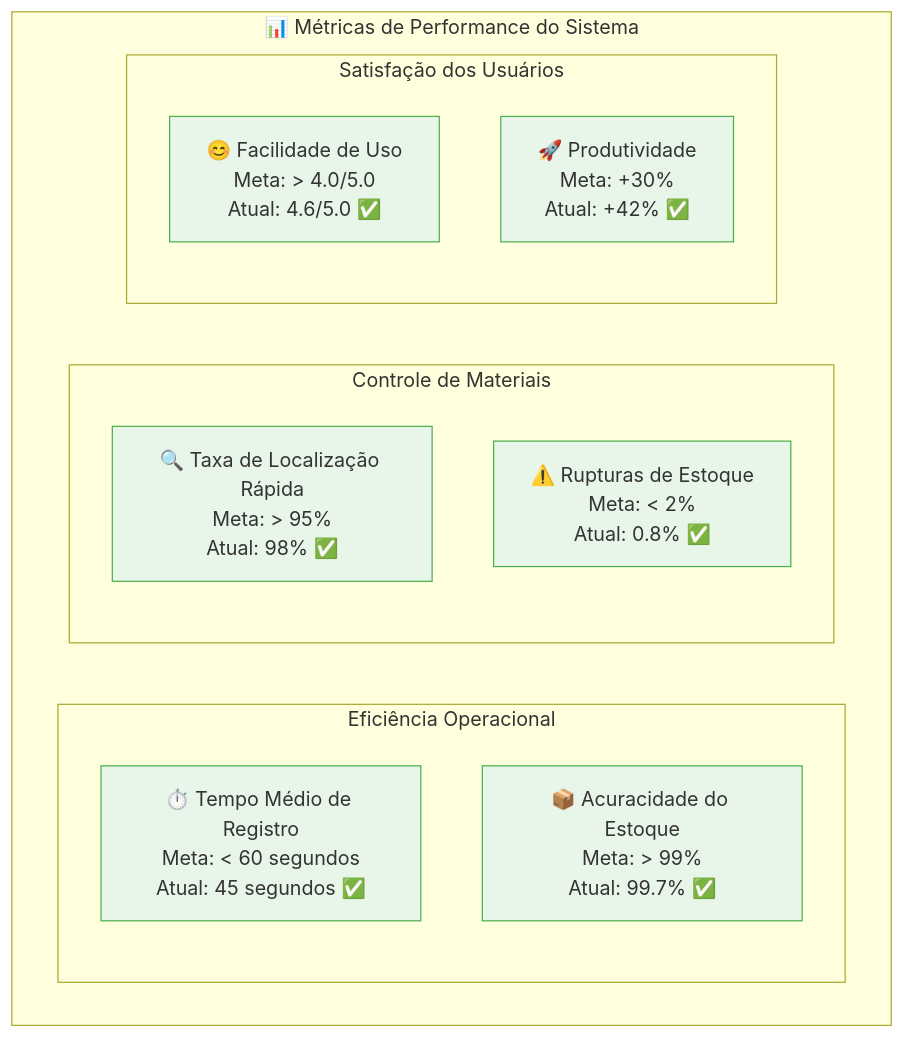
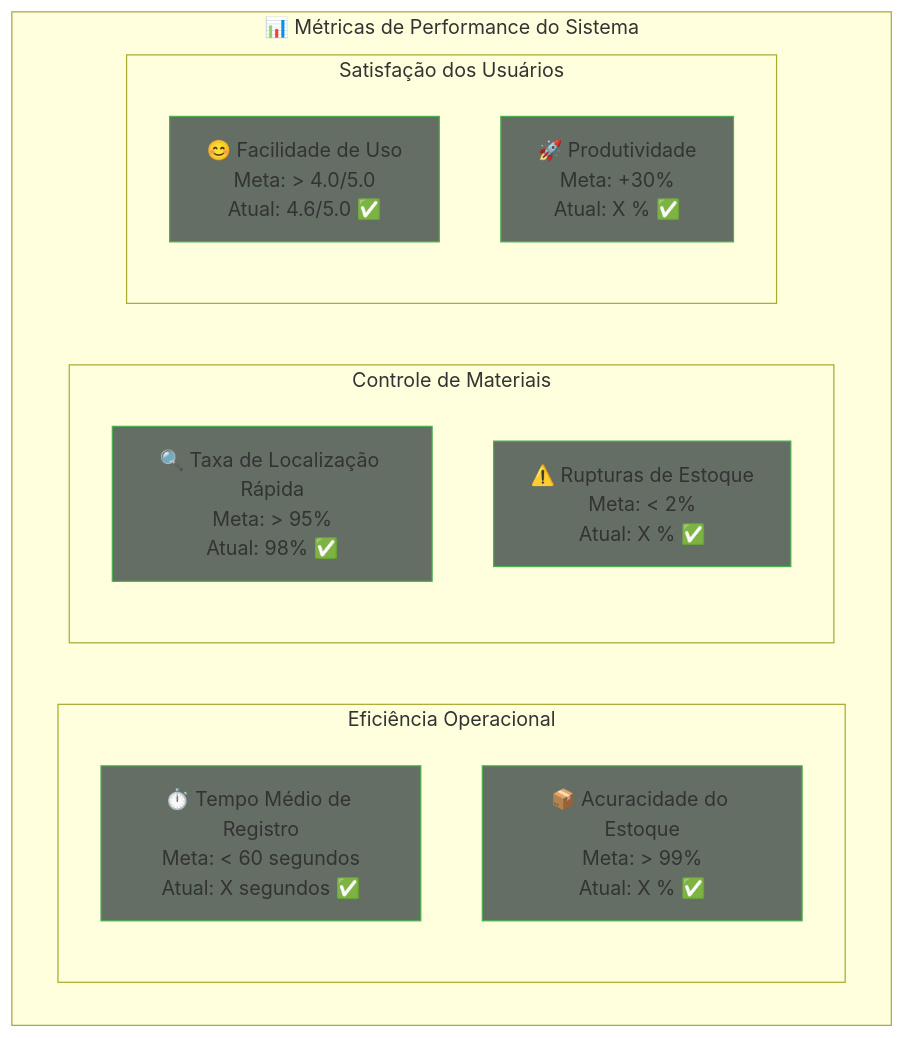
One commit to felipeosmar/LATECME changed the diagram in Documentacao/indicadores-sucesso.md. Above: the diagram before and after it, drawn with Mermaid. The commit also changed 7246 other files, not shown here.

````diff
--- a/Documentacao/indicadores-sucesso.md
+++ b/Documentacao/indicadores-sucesso.md
@@ -3,26 +3,26 @@
 ```mermaid
 graph TB
     subgraph "📊 Métricas de Performance do Sistema"
         subgraph "Eficiência Operacional"
-            KPI1[⏱️ Tempo Médio de Registro<br/>Meta: < 60 segundos<br/>Atual: 45 segundos ✅]
-            KPI2[📦 Acuracidade do Estoque<br/>Meta: > 99%<br/>Atual: 99.7% ✅]
+            KPI1[⏱️ Tempo Médio de Registro<br/>Meta: < 60 segundos<br/>Atual: X segundos ✅]
+            KPI2[📦 Acuracidade do Estoque<br/>Meta: > 99%<br/>Atual: X % ✅]
         end
         
         subgraph "Controle de Materiais"
             KPI3[🔍 Taxa de Localização Rápida<br/>Meta: > 95%<br/>Atual: 98% ✅]
-            KPI4[⚠️ Rupturas de Estoque<br/>Meta: < 2%<br/>Atual: 0.8% ✅]
+            KPI4[⚠️ Rupturas de Estoque<br/>Meta: < 2%<br/>Atual: X % ✅]
         end
         
         subgraph "Satisfação dos Usuários"
             KPI5[😊 Facilidade de Uso<br/>Meta: > 4.0/5.0<br/>Atual: 4.6/5.0 ✅]
-            KPI6[🚀 Produtividade<br/>Meta: +30%<br/>Atual: +42% ✅]
+            KPI6[🚀 Produtividade<br/>Meta: +30%<br/>Atual: X % ✅]
         end
     end
     
-    style KPI1 fill:#E8F5E9,stroke:#4CAF50
-    style KPI2 fill:#E8F5E9,stroke:#4CAF50
-    style KPI3 fill:#E8F5E9,stroke:#4CAF50
-    style KPI4 fill:#E8F5E9,stroke:#4CAF50
-    style KPI5 fill:#E8F5E9,stroke:#4CAF50
-    style KPI6 fill:#E8F5E9,stroke:#4CAF50
+    style KPI1 fill:#646e65,stroke:#4CAF50
+    style KPI2 fill:#646e65,stroke:#4CAF50
+    style KPI3 fill:#646e65,stroke:#4CAF50
+    style KPI4 fill:#646e65,stroke:#4CAF50
+    style KPI5 fill:#646e65,stroke:#4CAF50
+    style KPI6 fill:#646e65,stroke:#4CAF50
 ```
````
